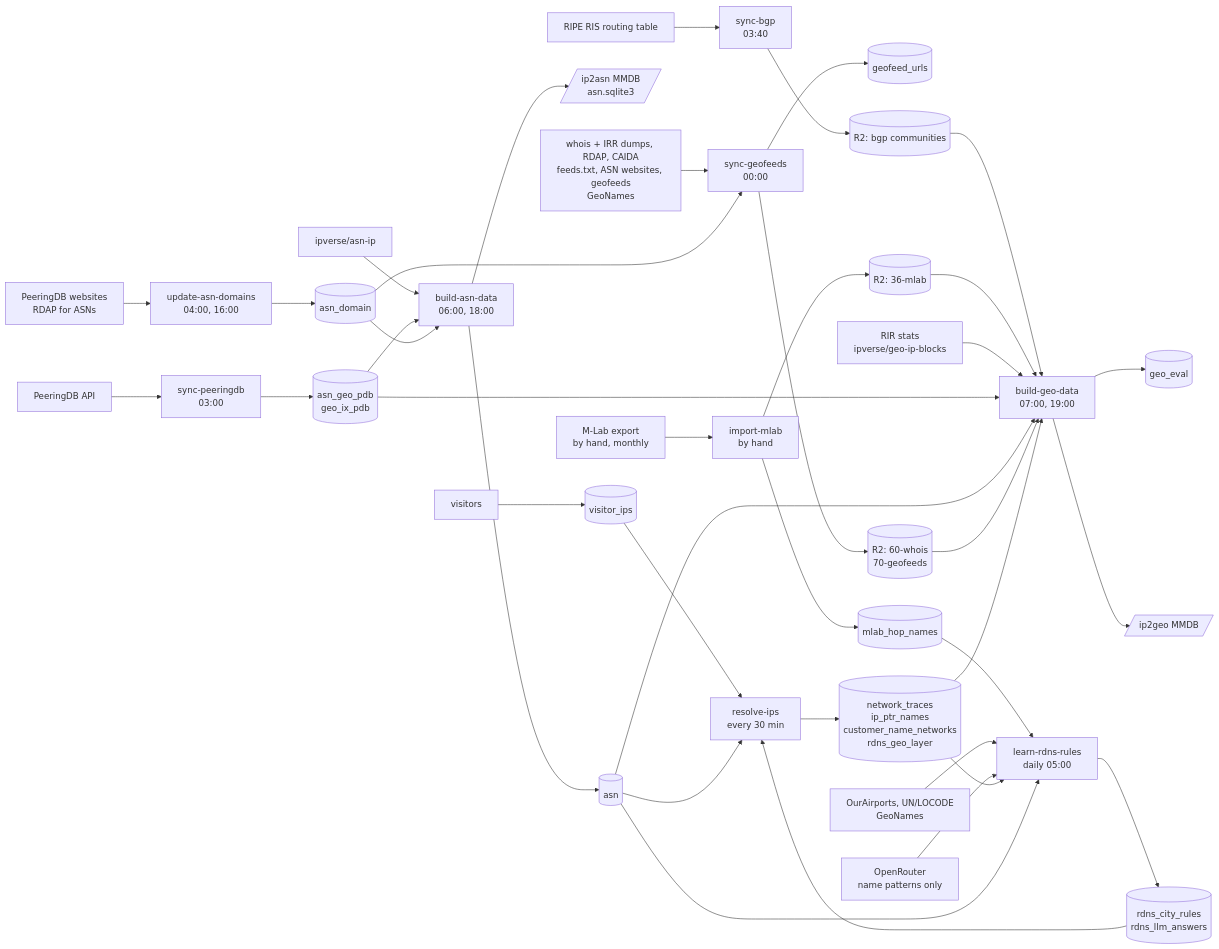
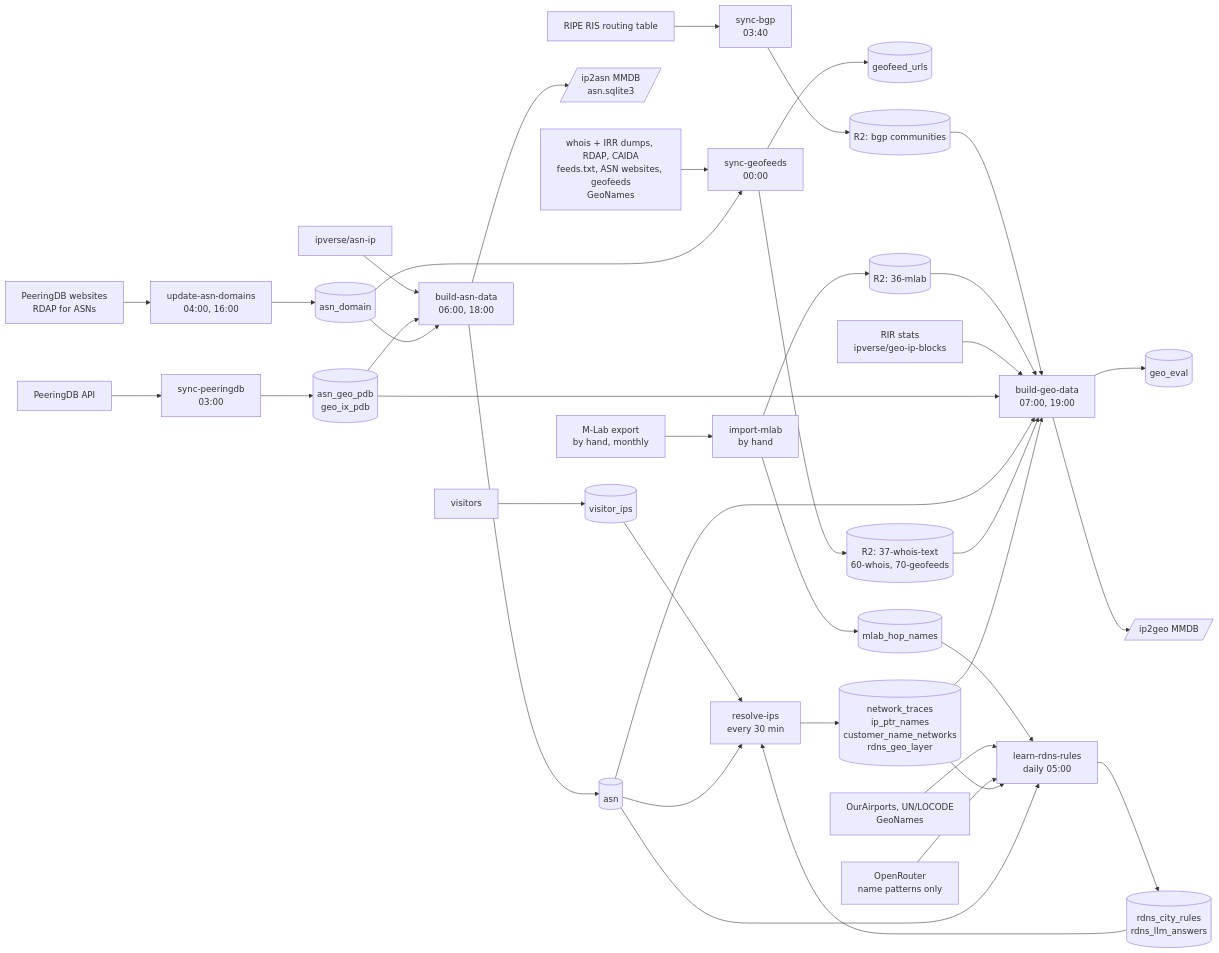
The diagram in docs/pipeline.md (shingrus/openipdata.org), drawn with Mermaid before and after one commit. The commit also changed other lines of this file and 15 other files, not shown here.

First line of the commit message:
geo: layer 37-whois-text, the city named in the text of RIPE inetnums

````diff
--- a/docs/pipeline.md
+++ b/docs/pipeline.md
@@ -9,41 +9,41 @@
 ```mermaid
 flowchart LR
   pdbapi[PeeringDB API] --> pdb[sync-peeringdb<br/>03:00]
   pdb --> t_pdb[(asn_geo_pdb<br/>geo_ix_pdb)]
   rdapasn[PeeringDB websites<br/>RDAP for ASNs] --> dom[update-asn-domains<br/>04:00, 16:00]
   dom --> t_dom[(asn_domain)]
   asnip[ipverse/asn-ip] --> asn[build-asn-data<br/>06:00, 18:00]
   t_pdb --> asn
   t_dom --> asn
   asn --> t_asn[(asn)]
   asn --> pub_asn[/ip2asn MMDB<br/>asn.sqlite3/]
   whois[whois + IRR dumps, RDAP, CAIDA<br/>feeds.txt, ASN websites, geofeeds<br/>GeoNames] --> gf[sync-geofeeds<br/>00:00]
   t_dom --> gf
   gf --> t_gf[(geofeed_urls)]
-  gf --> r2[(R2: 60-whois<br/>70-geofeeds)]
+  gf --> r2[(R2: 37-whois-text<br/>60-whois, 70-geofeeds)]
   ris[RIPE RIS routing table] --> bgp[sync-bgp<br/>03:40]
   bgp --> r2bgp[(R2: bgp communities)]
   r2bgp --> geo
   mlabcsv[M-Lab export<br/>by hand, monthly] --> ml[import-mlab<br/>by hand]
   ml --> t_ml[(mlab_hop_names)]
   ml --> r2ml[(R2: 36-mlab)]
   r2ml --> geo
   t_ml --> learn
   rir[RIR stats<br/>ipverse/geo-ip-blocks] --> geo[build-geo-data<br/>07:00, 19:00]
   t_pdb --> geo
   t_asn --> geo
   r2 --> geo
   geo --> t_eval[(geo_eval)]
   geo --> pub_geo[/ip2geo MMDB/]
   visitors[visitors] --> t_vis[(visitor_ips)]
   t_vis --> rd[resolve-ips<br/>every 30 min]
   t_asn --> rd
   rd --> t_rd[(network_traces<br/>ip_ptr_names<br/>customer_name_networks<br/>rdns_geo_layer)]
   t_rd --> geo
   places[OurAirports, UN/LOCODE<br/>GeoNames] --> learn[learn-rdns-rules<br/>daily 05:00]
   llm[OpenRouter<br/>name patterns only] --> learn
   t_rd --> learn
   t_asn --> learn
   learn --> t_rules[(rdns_city_rules<br/>rdns_llm_answers)]
   t_rules --> rd
 ```
````
